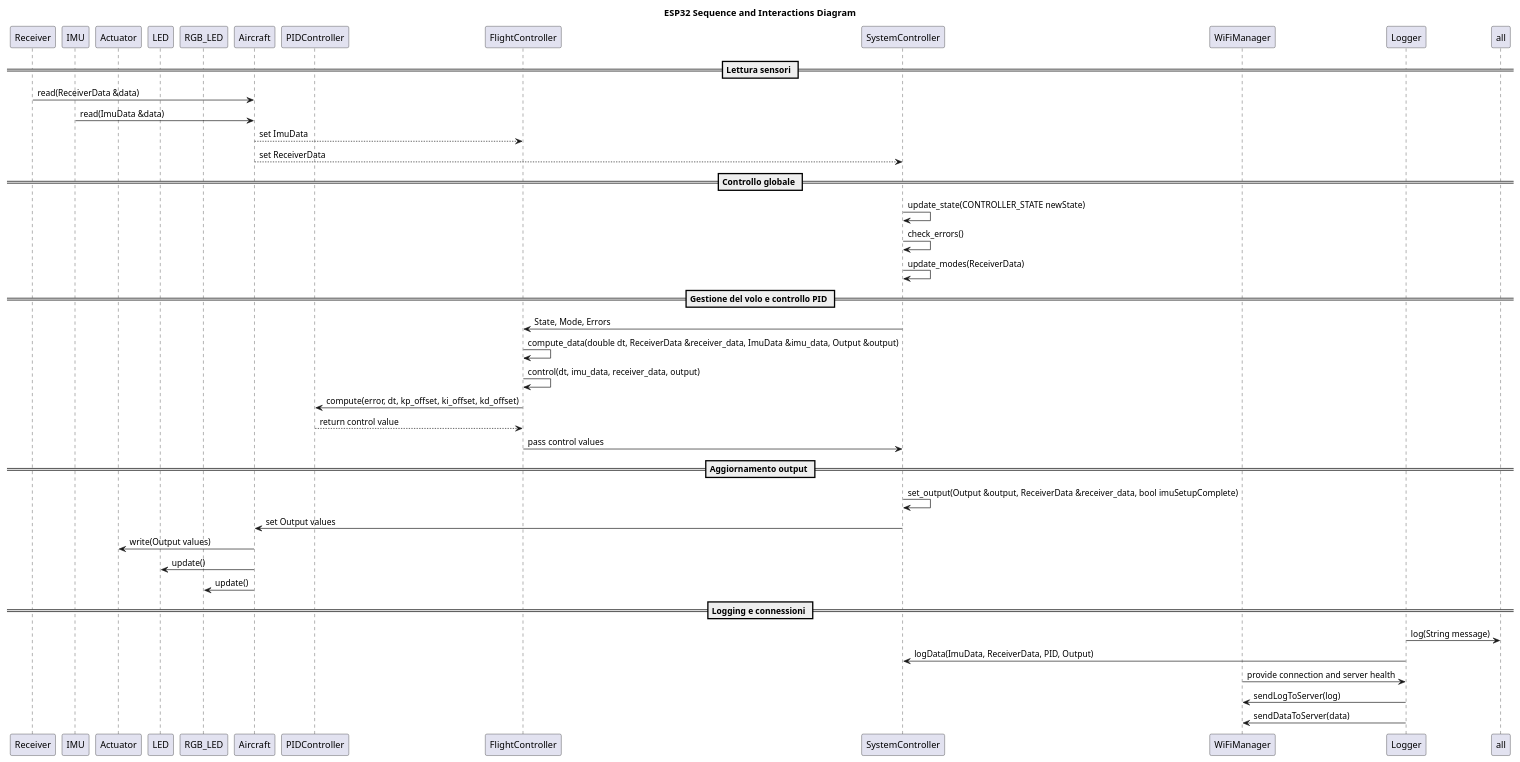
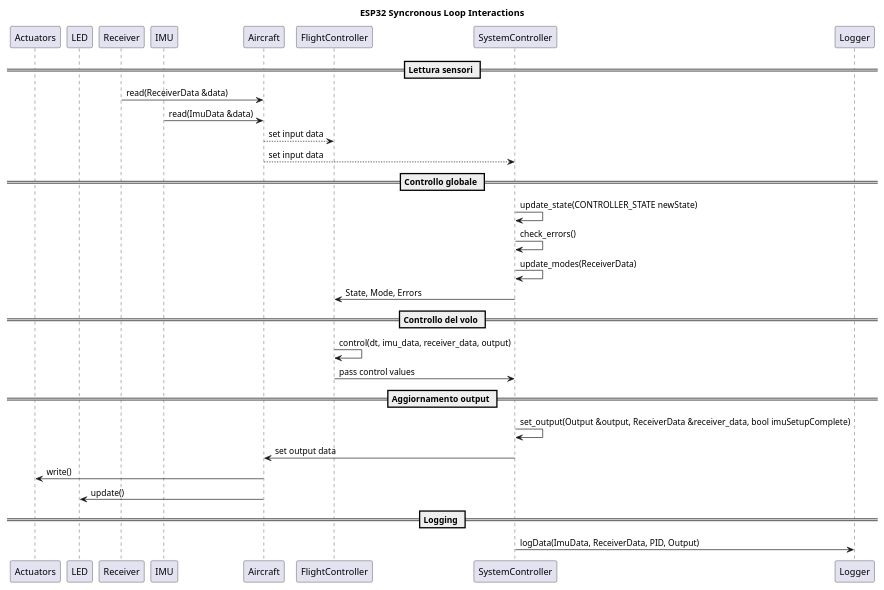
One commit to ZeroEra99/ESP32_FlightController changed the diagram in docs/Diagrams/esp32_interactions.puml. Above: the diagram before and after it, drawn with PlantUML. The commit also changed 4 other files, not shown here.

```diff
--- a/docs/Diagrams/esp32_interactions.puml
+++ b/docs/Diagrams/esp32_interactions.puml
@@ -1,50 +1,39 @@
 @startuml esp32_interactions
 
-title ESP32 Sequence and Interactions Diagram
+title ESP32 Syncronous Loop Interactions
 
+participant "Actuators" as Actuator
+participant "LED" as LED
 participant "Receiver" as Receiver
 participant "IMU" as IMU
-participant "Actuator" as Actuator
-participant "LED" as LED
-participant "RGB_LED" as RGB_LED
 participant "Aircraft" as Aircraft
-participant "PIDController" as PIDController
 participant "FlightController" as FlightController
 participant "SystemController" as SystemController
-participant "WiFiManager" as WiFiManager
 participant "Logger" as Logger
 
 == Lettura sensori ==
 Receiver -> Aircraft : read(ReceiverData &data)
 IMU -> Aircraft : read(ImuData &data)
-Aircraft --> FlightController : set ImuData
-Aircraft --> SystemController : set ReceiverData
+Aircraft --> FlightController : set input data
+Aircraft --> SystemController : set input data
 
 == Controllo globale ==
 SystemController -> SystemController : update_state(CONTROLLER_STATE newState)
 SystemController -> SystemController : check_errors()
 SystemController -> SystemController : update_modes(ReceiverData)
+SystemController -> FlightController : State, Mode, Errors
 
-== Gestione del volo e controllo PID ==
-SystemController -> FlightController : State, Mode, Errors
-FlightController -> FlightController : compute_data(double dt, ReceiverData &receiver_data, ImuData &imu_data, Output &output)
+== Controllo del volo ==
 FlightController -> FlightController : control(dt, imu_data, receiver_data, output)
-FlightController -> PIDController : compute(error, dt, kp_offset, ki_offset, kd_offset)
-PIDController --> FlightController : return control value
 FlightController -> SystemController : pass control values
 
 == Aggiornamento output ==
 SystemController -> SystemController : set_output(Output &output, ReceiverData &receiver_data, bool imuSetupComplete)
-SystemController -> Aircraft : set Output values
-Aircraft -> Actuator : write(Output values)
+SystemController -> Aircraft : set output data
+Aircraft -> Actuator : write()
 Aircraft -> LED : update()
-Aircraft -> RGB_LED : update()
 
-== Logging e connessioni ==
-Logger -> all : log(String message)
-Logger -> SystemController : logData(ImuData, ReceiverData, PID, Output)
-WiFiManager -> Logger : provide connection and server health
-Logger -> WiFiManager : sendLogToServer(log)
-Logger -> WiFiManager : sendDataToServer(data)
+== Logging ==
+SystemController -> Logger : logData(ImuData, ReceiverData, PID, Output)
 
 @enduml
```
